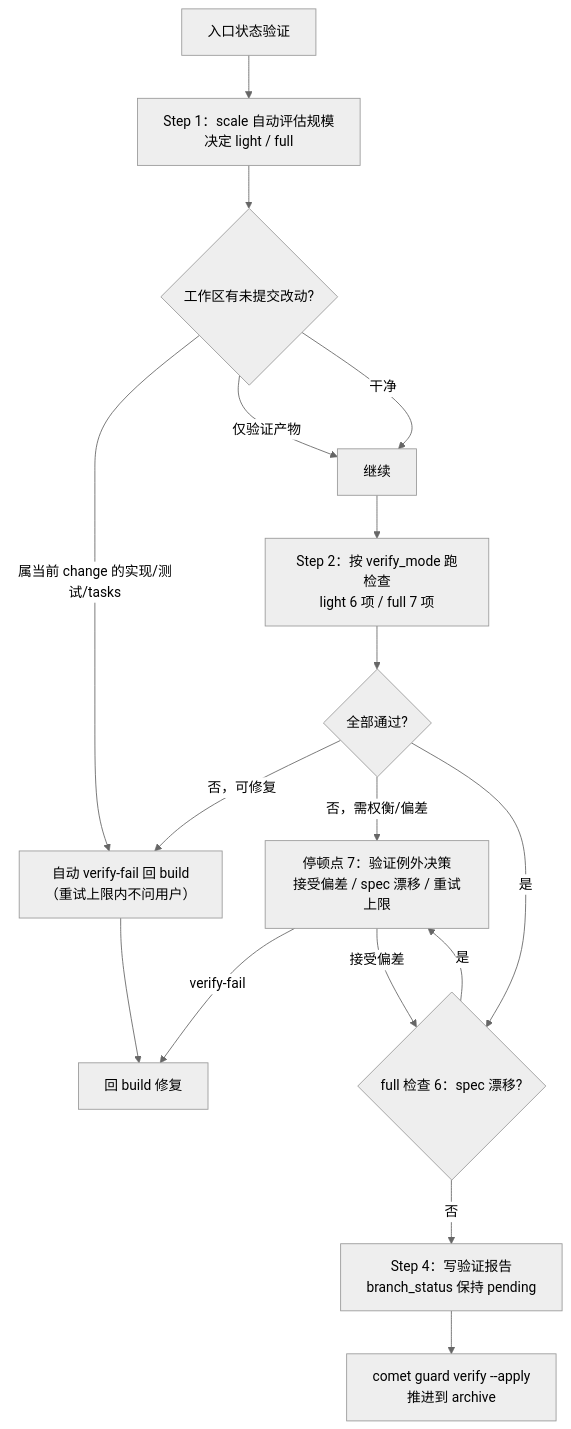
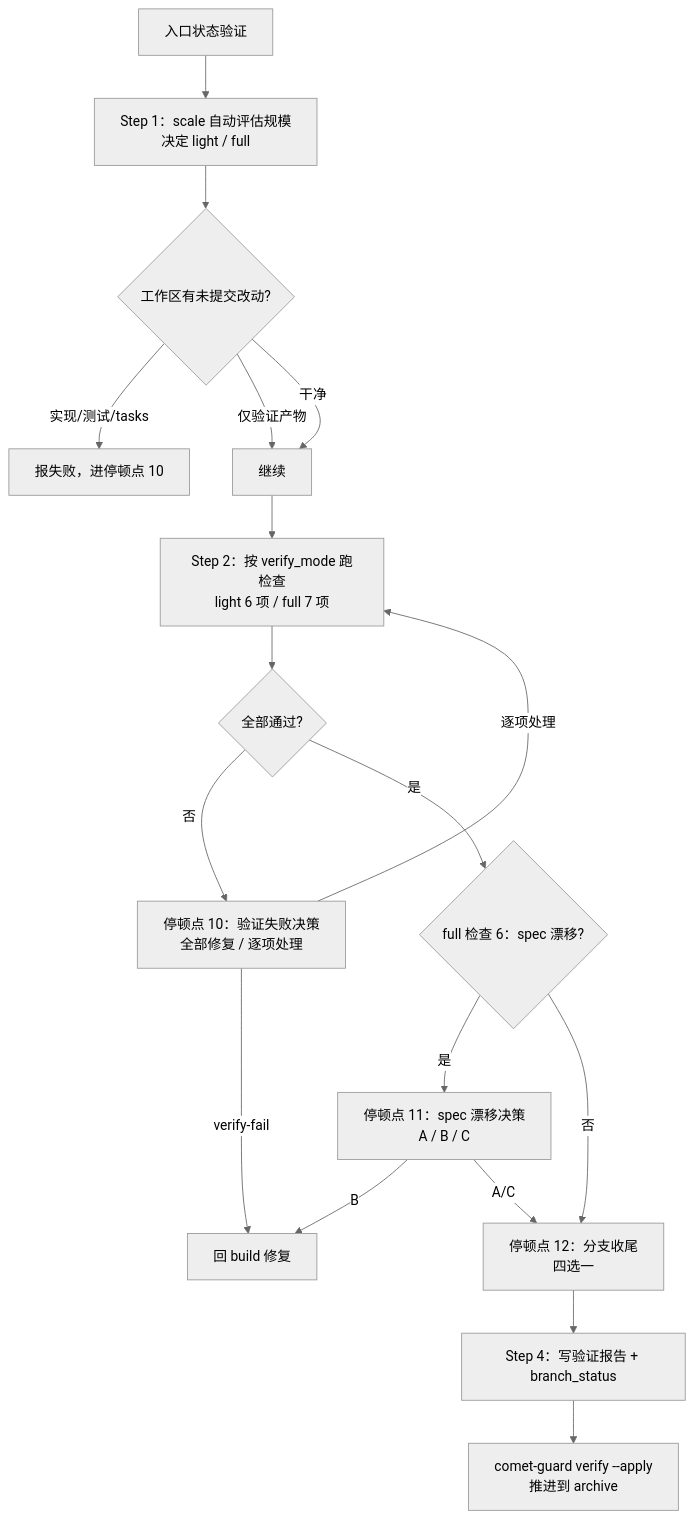
One commit to rpamis/comet-website-docs changed the diagram in zh/phases/verify.mdx. Above: the diagram before and after it, drawn with Mermaid (neutral theme). The commit also changed other lines of this file and 114 other files, not shown here.

````diff
--- a/zh/phases/verify.mdx
+++ b/zh/phases/verify.mdx
@@ -37,19 +38,20 @@
 ```mermaid
 flowchart TD
     Entry["入口状态验证"] --> Scale["Step 1：scale 自动评估规模<br/>决定 light / full"]
     Scale --> Dirty{"工作区有未提交改动?"}
-    Dirty -->|属当前 change 的实现/测试/tasks| Auto["自动 verify-fail 回 build<br/>（重试上限内不问用户）"]
+    Dirty -->|实现/测试/tasks| Fail1b["报失败，进停顿点 10"]
     Dirty -->|仅验证产物| Cont["继续"]
     Dirty -->|干净| Cont
     Cont --> Check["Step 2：按 verify_mode 跑检查<br/>light 6 项 / full 7 项"]
     Check --> Pass{"全部通过?"}
-    Pass -->|否，可修复| Auto
-    Pass -->|否，需权衡/偏差| Stop7["停顿点 7：验证例外决策<br/>接受偏差 / spec 漂移 / 重试上限"]
+    Pass -->|否| Stop1b["停顿点 10：验证失败决策<br/>全部修复 / 逐项处理"]
     Pass -->|是| Drift{"full 检查 6：spec 漂移?"}
-    Auto --> Build["回 build 修复"]
-    Stop7 -->|verify-fail| Build
-    Stop7 -->|接受偏差| Drift
-    Drift -->|是| Stop7
-    Drift -->|否| Record["Step 4：写验证报告<br/>branch_status 保持 pending"]
-    Record --> Exit["comet guard verify --apply<br/>推进到 archive"]
+    Stop1b -->|verify-fail| Build["回 build 修复"]
+    Stop1b -->|逐项处理| Check
+    Drift -->|是| Stop2b["停顿点 11：spec 漂移决策<br/>A / B / C"]
+    Drift -->|否| Stop3["停顿点 12：分支收尾<br/>四选一"]
+    Stop2b -->|B| Build
+    Stop2b -->|A/C| Stop3
+    Stop3 --> Record["Step 4：写验证报告 + branch_status"]
+    Record --> Exit["comet-guard verify --apply<br/>推进到 archive"]
 ```
````
